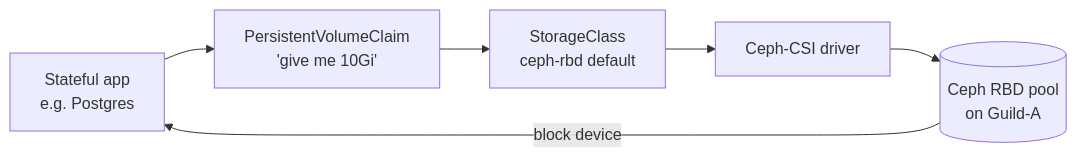
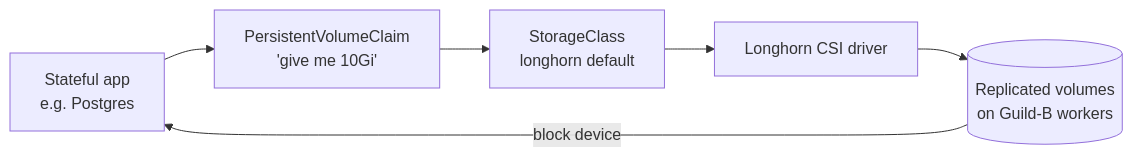
Before and after one commit to davidpius95/guildserver-k8s: the fifth of 7 diagrams in docs/ARCHITECTURE.md, drawn with Mermaid. The commit also changed 8 other files, not shown here.

First line of the commit message:
Migrate cluster storage from Ceph-CSI (Guild-A) to Longhorn (Guild-B)

````diff
--- a/docs/ARCHITECTURE.md
+++ b/docs/ARCHITECTURE.md
@@ -286,8 +286,8 @@
 ```mermaid
 flowchart LR
     APP[Stateful app<br/>e.g. Postgres] --> PVC[PersistentVolumeClaim<br/>'give me 10Gi']
-    PVC --> SC[StorageClass<br/>ceph-rbd default]
-    SC --> CSI[Ceph-CSI driver]
-    CSI --> RBD[(Ceph RBD pool<br/>on Guild-A)]
+    PVC --> SC[StorageClass<br/>longhorn default]
+    SC --> CSI[Longhorn CSI driver]
+    CSI --> RBD[(Replicated volumes<br/>on Guild-B workers)]
     RBD -->|block device| APP
 ```
````
